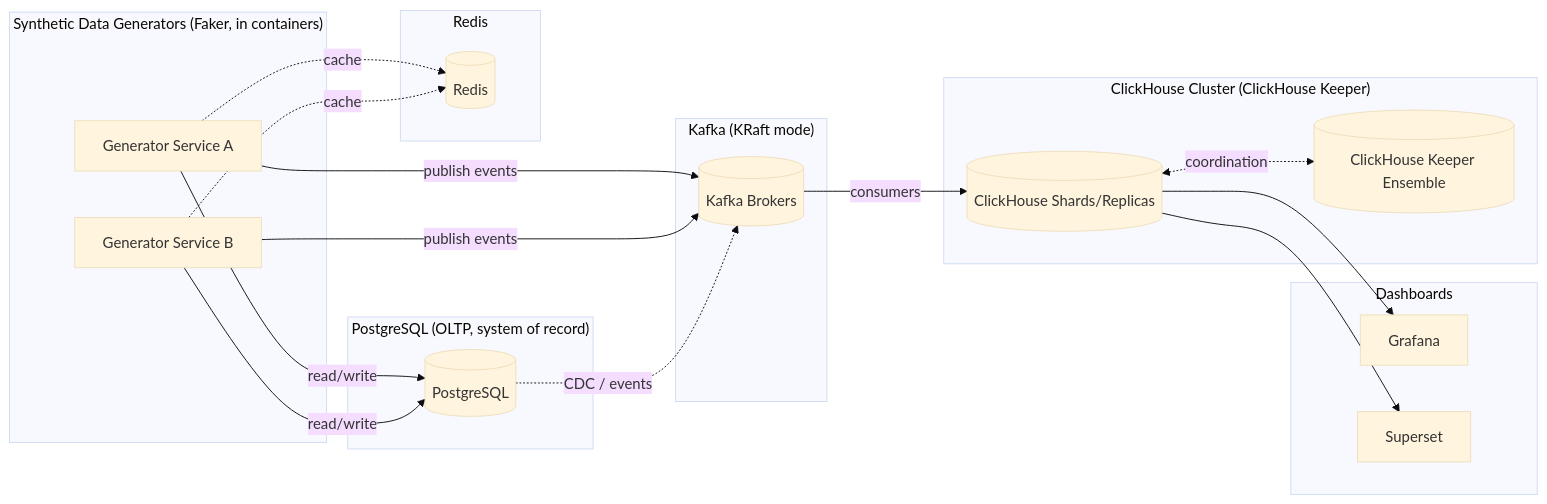
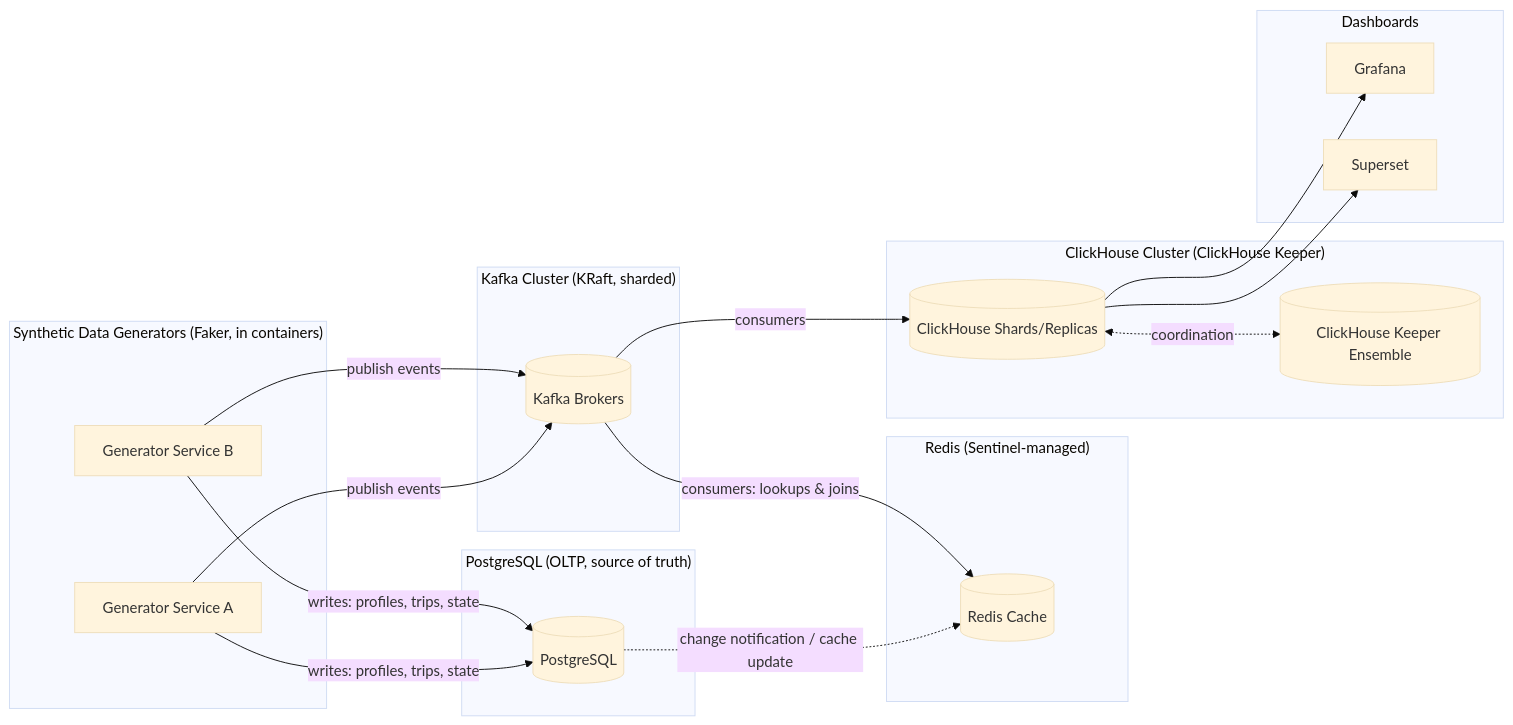
The first of 2 diagrams in README.md (bahman-farhadian/Meanul-Data-Studio), drawn with Mermaid (base theme) before and after one commit. The commit also changed other lines of this file, not shown here.

Commit message:
Refine README: cache pattern, multi-domain note, live trip flow, NYC routing, showcase

````diff
--- a/README.md
+++ b/README.md
@@ -36,41 +44,43 @@
 ```mermaid
 graph LR
     subgraph Generators ["Synthetic Data Generators (Faker, in containers)"]
         G1[Generator Service A]
         G2[Generator Service B]
     end
 
-    subgraph OLTP ["PostgreSQL (OLTP, system of record)"]
+    subgraph OLTP ["PostgreSQL (OLTP, source of truth)"]
         PG[(PostgreSQL)]
     end
 
-    subgraph Cache ["Redis"]
-        R[(Redis)]
+    subgraph Cache ["Redis (Sentinel-managed)"]
+        R[(Redis Cache)]
     end
 
-    subgraph Streaming ["Kafka (KRaft mode)"]
+    subgraph Streaming ["Kafka Cluster (KRaft, sharded)"]
         K[(Kafka Brokers)]
     end
 
     subgraph OLAP ["ClickHouse Cluster (ClickHouse Keeper)"]
         CH[(ClickHouse Shards/Replicas)]
         KE[(ClickHouse Keeper Ensemble)]
     end
 
     subgraph Dashboards
         GF[Grafana]
         SS[Superset]
     end
 
-    G1 -->|read/write| PG
-    G2 -->|read/write| PG
-    G1 -.->|cache| R
-    G2 -.->|cache| R
+    G1 -->|writes: profiles, trips, state| PG
+    G2 -->|writes: profiles, trips, state| PG
+    PG -.->|change notification / cache update| R
+
     G1 -->|publish events| K
     G2 -->|publish events| K
-    PG -.->|CDC / events| K
+
+    K -->|consumers: lookups & joins| R
     K -->|consumers| CH
+
     CH <-.->|coordination| KE
     CH --> GF
     CH --> SS
 ```
````
